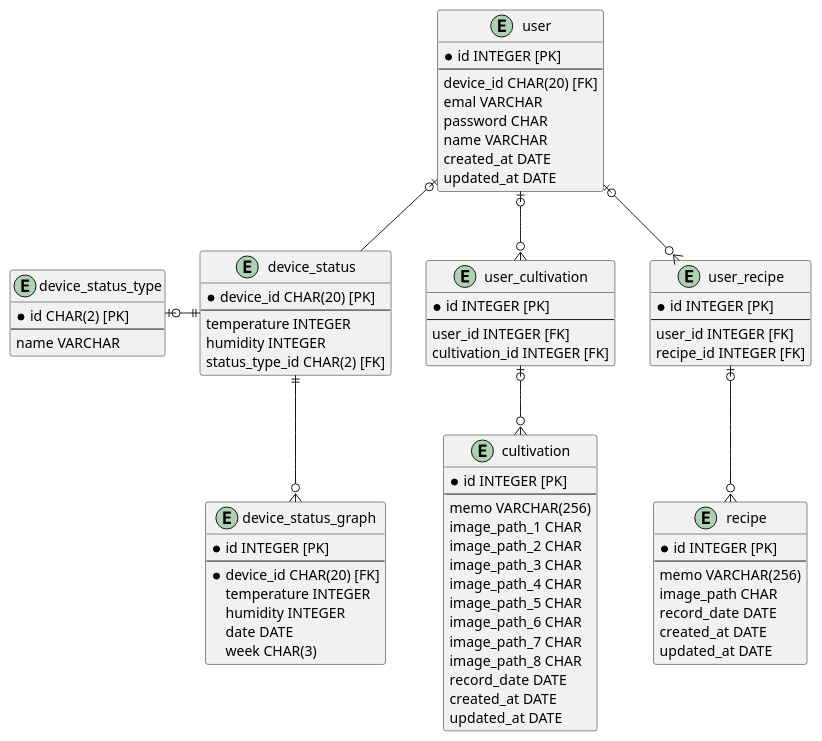
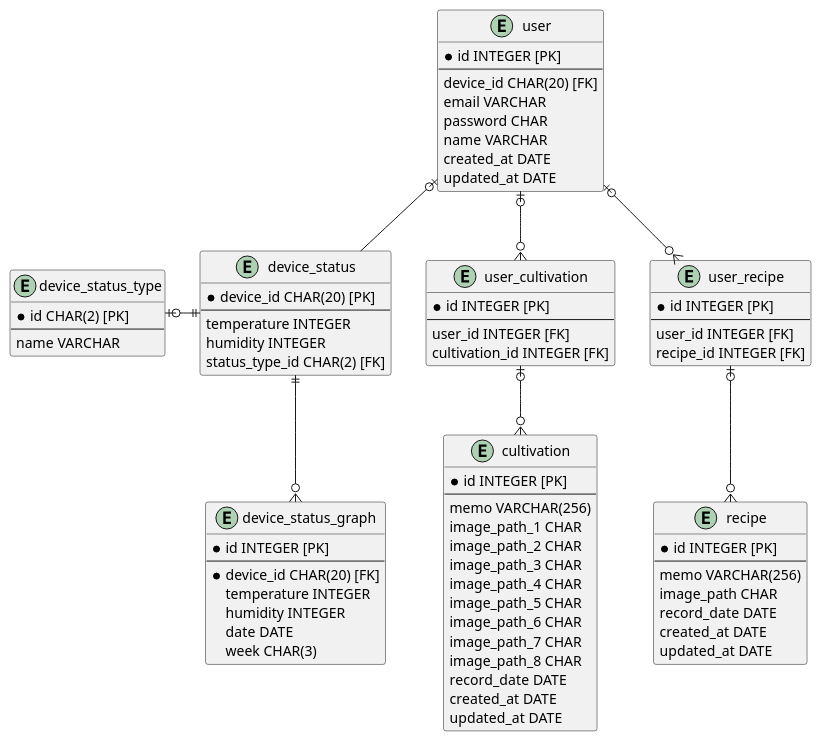
One commit to shusuke0812/Kikurage-API changed the diagram in docs/er_diagram.puml. Above: the diagram before and after it, drawn with PlantUML.

```diff
--- a/docs/er_diagram.puml
+++ b/docs/er_diagram.puml
@@ -1,82 +1,82 @@
 @startuml kikurage_platform
     ' ***** Device tables
     entity device_status as "device_status" {
         * device_id CHAR(20) [PK]
         --
         temperature INTEGER
         humidity INTEGER
         status_type_id CHAR(2) [FK]
     }
     entity device_status_graph as "device_status_graph" {
         * id INTEGER [PK]
         --
         * device_id CHAR(20) [FK]
         temperature INTEGER
         humidity INTEGER
         date DATE
         week CHAR(3)
     }
     entity device_status_type as "device_status_type" {
         * id CHAR(2) [PK]
         --
         name VARCHAR
     }
 
     ' ***** User tables
     entity user as "user" {
         * id INTEGER [PK]
         --
         device_id CHAR(20) [FK]
-        emal VARCHAR
+        email VARCHAR
         password CHAR
         name VARCHAR
         created_at DATE
         updated_at DATE
     }
     entity user_cultivation as "user_cultivation" {
         * id INTEGER [PK]
         --
         user_id INTEGER [FK]
         cultivation_id INTEGER [FK]
     }
     entity cultivation as "cultivation" {
         * id INTEGER [PK]
         --
         memo VARCHAR(256)
         image_path_1 CHAR
         image_path_2 CHAR
         image_path_3 CHAR
         image_path_4 CHAR
         image_path_5 CHAR
         image_path_6 CHAR
         image_path_7 CHAR
         image_path_8 CHAR
         record_date DATE
         created_at DATE
         updated_at DATE
     }
     entity user_recipe as "user_recipe" {
         * id INTEGER [PK]
         --
         user_id INTEGER [FK]
         recipe_id INTEGER [FK]
     }
     entity recipe as "recipe" {
         * id INTEGER [PK]
         --
         memo VARCHAR(256)
         image_path CHAR
         record_date DATE
         created_at DATE
         updated_at DATE
     }
 
     ' ***** Relationship
     user |o-- device_status
     device_status ||-l-o| device_status_type
     device_status ||--o{ device_status_graph
     user |o--o{ user_cultivation
     user_cultivation |o-d-o{ cultivation
     user |o--o{ user_recipe
     user_recipe |o-d-o{ recipe
 @enduml
```
